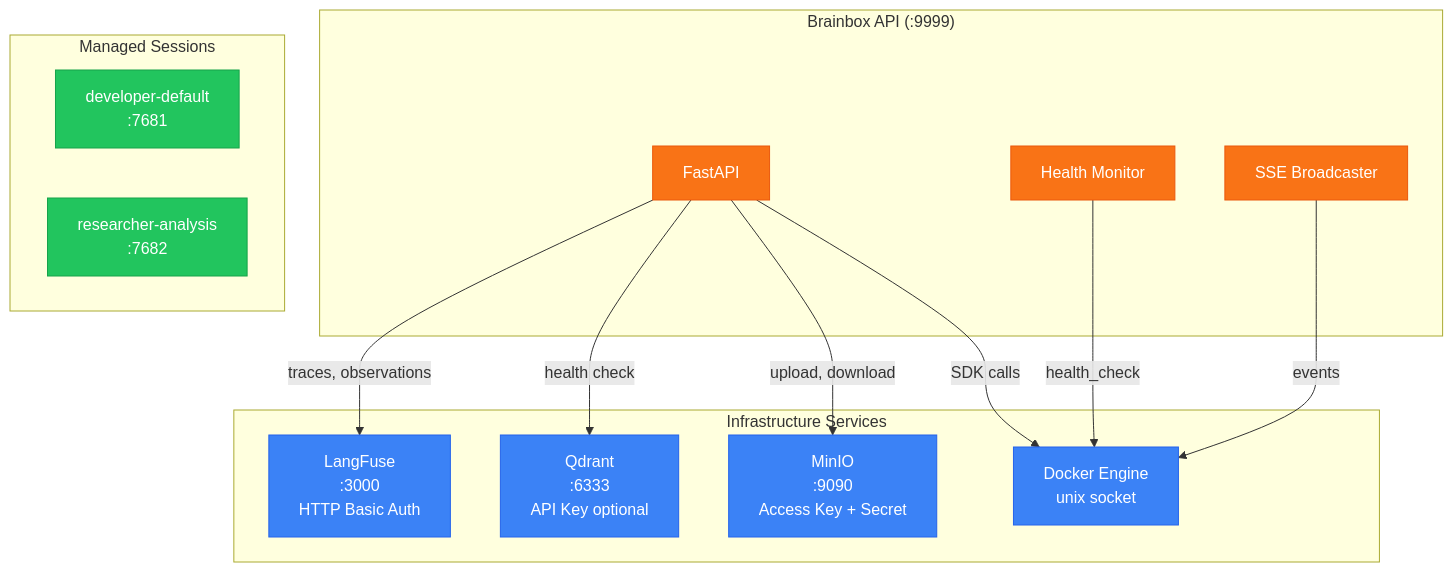
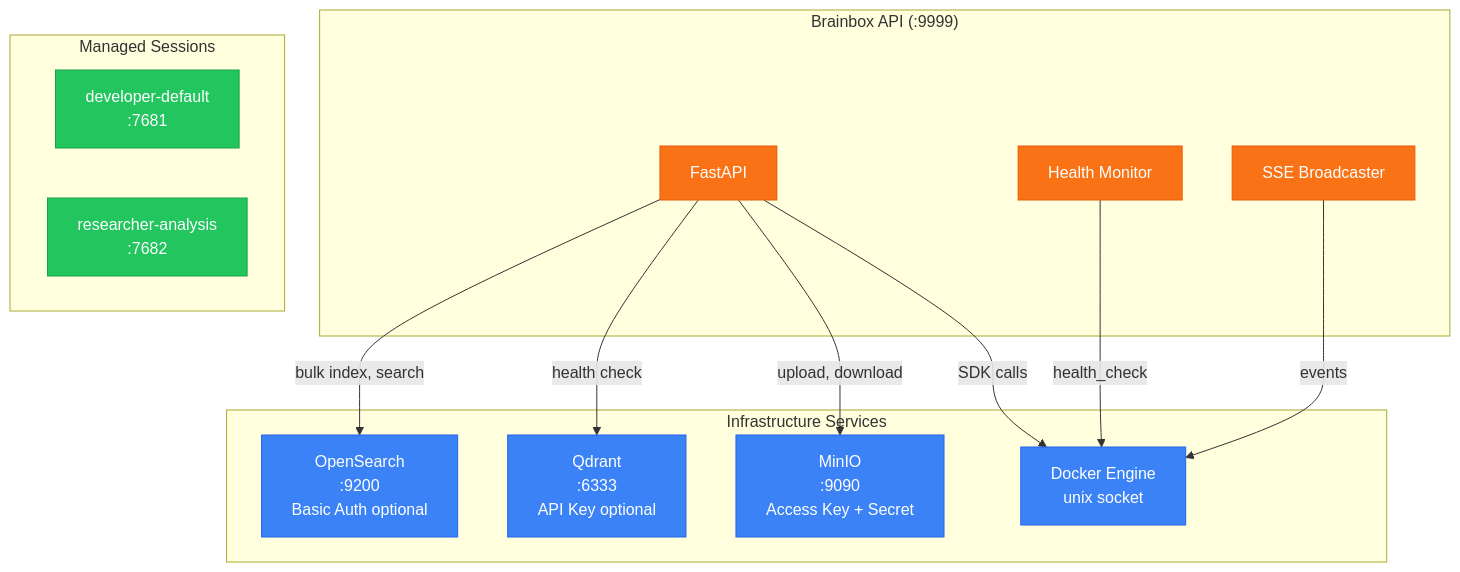
Before and after one commit to neverprepared/phantom-ink: the first of 5 diagrams in docs/brainbox/observability.md, drawn with Mermaid. The commit also changed other lines of this file and 239 other files, not shown here.

````diff
--- a/docs/brainbox/observability.md
+++ b/docs/brainbox/observability.md
@@ -7,35 +7,35 @@
 ```mermaid
 graph TB
     subgraph Brainbox["Brainbox API (:9999)"]
         API[FastAPI]
         SSE[SSE Broadcaster]
         Monitor[Health Monitor]
     end
 
     subgraph Services["Infrastructure Services"]
-        LF[LangFuse<br/>:3000<br/>HTTP Basic Auth]
+        OS[OpenSearch<br/>:9200<br/>Basic Auth optional]
         QD[Qdrant<br/>:6333<br/>API Key optional]
         MN[MinIO<br/>:9090<br/>Access Key + Secret]
         Docker[Docker Engine<br/>unix socket]
     end
 
     subgraph Containers["Managed Sessions"]
         C1[developer-default<br/>:7681]
         C2[researcher-analysis<br/>:7682]
     end
 
-    API -->|traces, observations| LF
+    API -->|bulk index, search| OS
     API -->|health check| QD
     API -->|upload, download| MN
     API -->|SDK calls| Docker
     Monitor -->|health_check| Docker
     SSE -->|events| Docker
 
     classDef bbStyle fill:#f97316,stroke:#ea580c,color:#fff
     classDef svcStyle fill:#3b82f6,stroke:#2563eb,color:#fff
     classDef ctrStyle fill:#22c55e,stroke:#16a34a,color:#fff
 
     class API,SSE,Monitor bbStyle
-    class LF,QD,MN,Docker svcStyle
+    class OS,QD,MN,Docker svcStyle
     class C1,C2 ctrStyle
 ```
````
